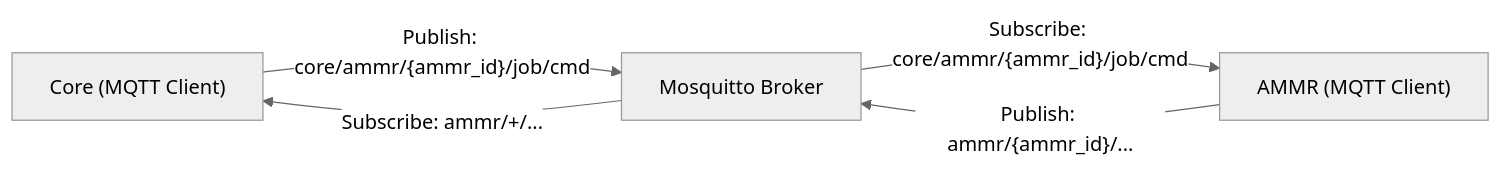
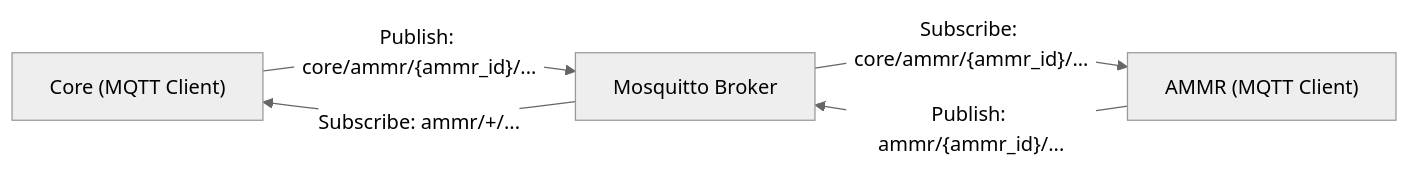
The second of 12 diagrams in docs/out/Core_ICD_AMMR.md (kimminsu0315/Core-Docs), drawn with Mermaid (neutral theme) before and after one commit. The commit also changed other lines of this file and 7 other files, not shown here.

````diff
--- a/docs/out/Core_ICD_AMMR.md
+++ b/docs/out/Core_ICD_AMMR.md
@@ -118,12 +129,12 @@
 ```mermaid
 flowchart LR
     Core["Core (MQTT Client)"]
     Broker["Mosquitto Broker"]
     AMMR["AMMR (MQTT Client)"]
 
-    Core -->|"Publish: core/ammr/{ammr_id}/job/cmd"| Broker
-    Broker -->|"Subscribe: core/ammr/{ammr_id}/job/cmd"| AMMR
+    Core -->|"Publish: core/ammr/{ammr_id}/..."| Broker
+    Broker -->|"Subscribe: core/ammr/{ammr_id}/..."| AMMR
 
     AMMR -->|"Publish: ammr/{ammr_id}/..."| Broker
     Broker -->|"Subscribe: ammr/+/..."| Core
 ```
````
